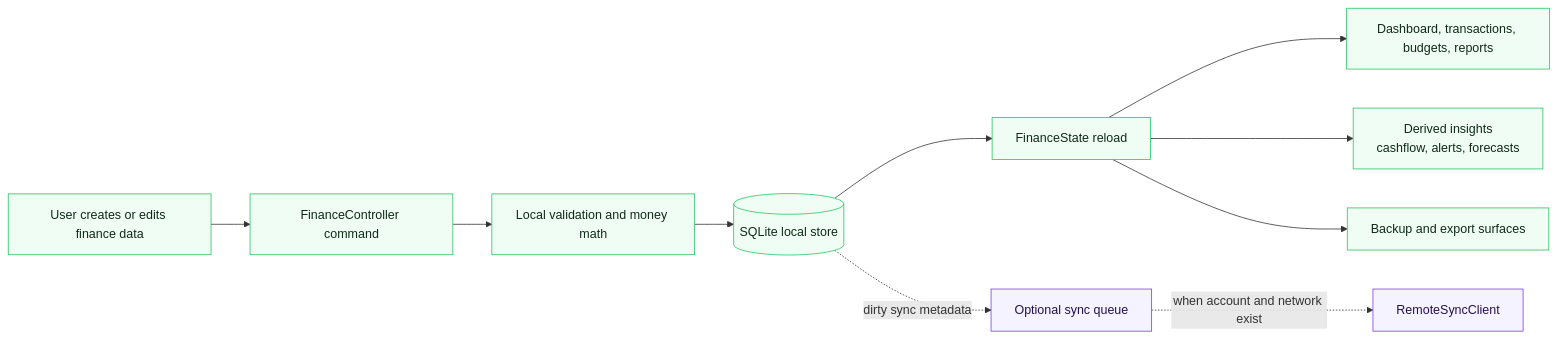
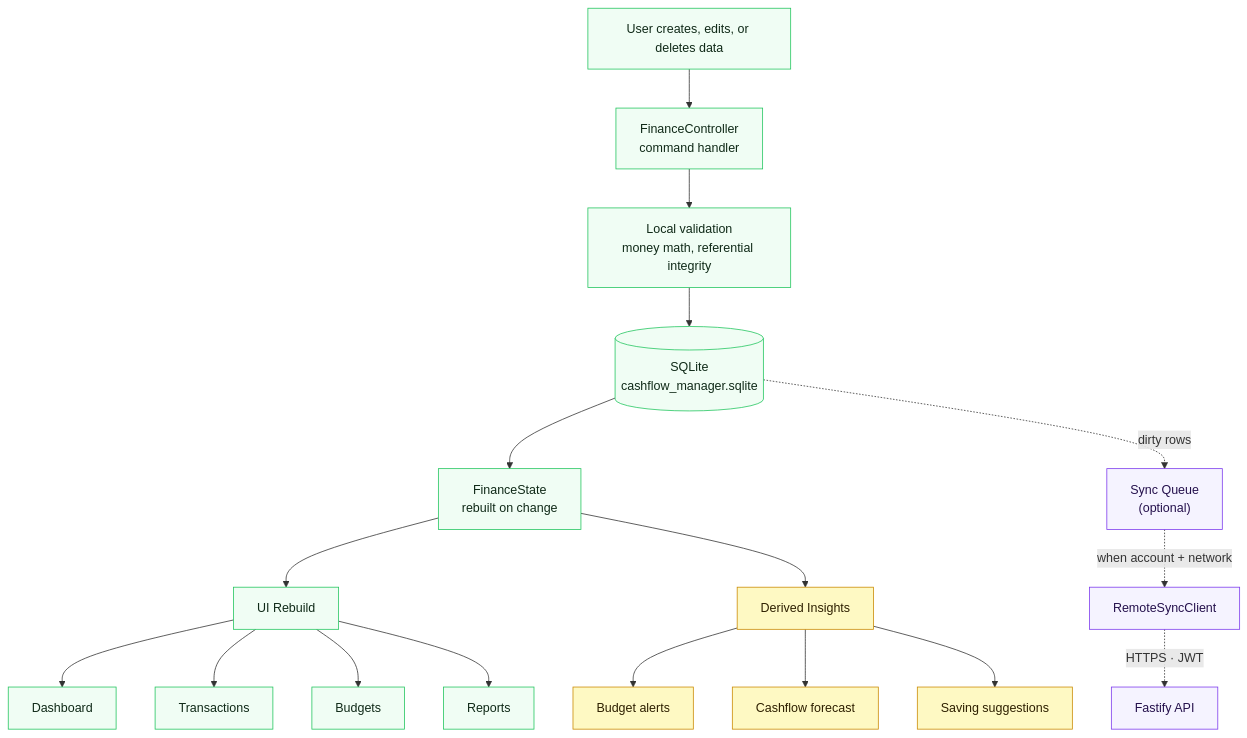
One commit to JasonTM17/Money_Management_App changed the sixth of 6 diagrams in docs/system-diagrams.md. Above: the diagram before and after it, drawn with Mermaid. The commit also changed other lines of this file and 6 other files, not shown here.

First line of the commit message:
docs: complete documentation suite with C4 architecture diagrams

````diff
--- a/docs/system-diagrams.md
+++ b/docs/system-diagrams.md
@@ -45,18 +254,28 @@
 ```mermaid
-flowchart LR
-    Action["User creates or edits finance data"] --> Controller["FinanceController command"]
-    Controller --> Validate["Local validation and money math"]
-    Validate --> SQLite[("SQLite local store")]
-    SQLite --> State["FinanceState reload"]
-    State --> UI["Dashboard, transactions, budgets, reports"]
-    State --> Derived["Derived insights<br/>cashflow, alerts, forecasts"]
-    State --> Backup["Backup and export surfaces"]
+flowchart TD
+    UserAction["User creates, edits, or deletes data"] --> Controller["FinanceController<br/>command handler"]
+    Controller --> Validate["Local validation<br/>money math, referential integrity"]
+    Validate --> SQLite[("SQLite<br/>cashflow_manager.sqlite")]
+    SQLite --> State["FinanceState<br/>rebuilt on change"]
+    State --> UI["UI Rebuild"]
+    UI --> Dashboard["Dashboard"]
+    UI --> Transactions["Transactions"]
+    UI --> Budgets["Budgets"]
+    UI --> Reports["Reports"]
 
-    SQLite -. "dirty sync metadata" .-> Queue["Optional sync queue"]
-    Queue -. "when account and network exist" .-> Remote["RemoteSyncClient"]
+    State --> Derived["Derived Insights"]
+    Derived --> Alerts["Budget alerts"]
+    Derived --> Forecast["Cashflow forecast"]
+    Derived --> Suggestions["Saving suggestions"]
 
-    classDef local fill:#F0FDF4,stroke:#22C55E,color:#102A18;
+    SQLite -.->|"dirty rows"| Queue["Sync Queue<br/>(optional)"]
+    Queue -.->|"when account + network"| Remote["RemoteSyncClient"]
+    Remote -.->|"HTTPS · JWT"| API["Fastify API"]
+
+    classDef immediate fill:#F0FDF4,stroke:#22C55E,color:#102A18;
+    classDef derived fill:#FEF9C3,stroke:#CA8A04,color:#2E2000;
     classDef optional fill:#F5F3FF,stroke:#7C3AED,color:#25114D;
-    class Action,Controller,Validate,SQLite,State,UI,Derived,Backup local;
-    class Queue,Remote optional;
+    class UserAction,Controller,Validate,SQLite,State,UI,Dashboard,Transactions,Budgets,Reports immediate;
+    class Derived,Alerts,Forecast,Suggestions derived;
+    class Queue,Remote,API optional;
 ```
````
